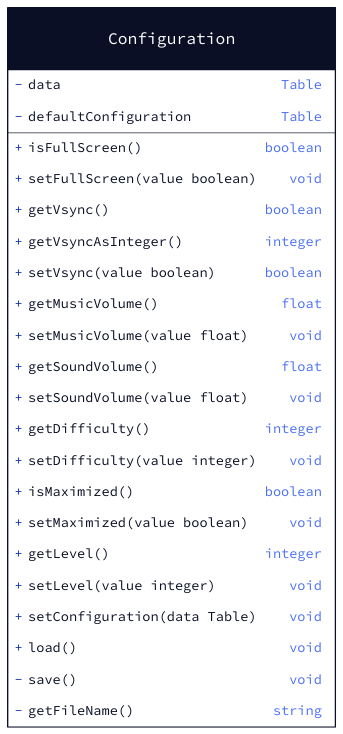
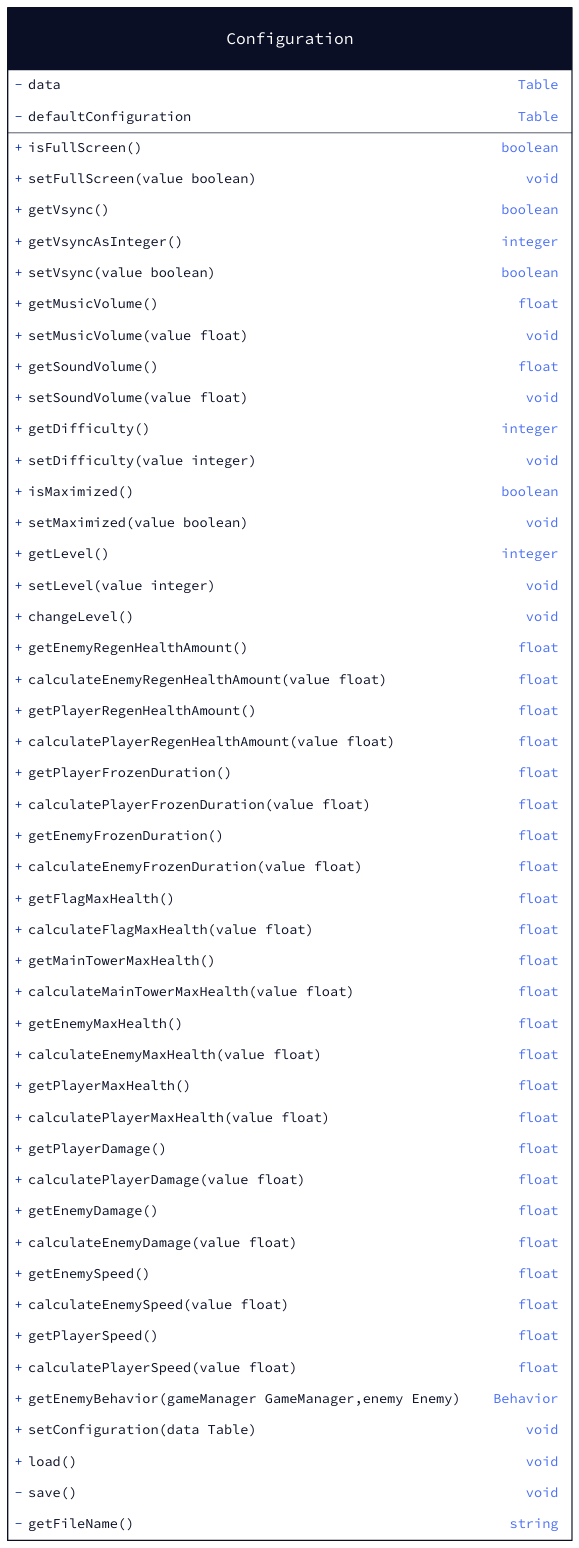
Before and after one commit to valcriss/gamingcampus-m1-lua-battletank: the diagram in docs/configuration.d2, drawn with D2. The commit also changed 22 other files, not shown here.

```diff
--- a/docs/configuration.d2
+++ b/docs/configuration.d2
@@ -1,25 +1,62 @@
 Configuration: {
     shape: class
 
     -data:Table
     -defaultConfiguration:Table
+
     +isFullScreen():boolean
     +setFullScreen(value boolean):void
+
     +getVsync():boolean
     +getVsyncAsInteger():integer
     +setVsync(value boolean):boolean
-    +getMusicVolume():float
+
++getMusicVolume():float
     +setMusicVolume(value float):void
-    +getSoundVolume():float
+
++getSoundVolume():float
     +setSoundVolume(value float):void
-    +getDifficulty():integer
+
++getDifficulty():integer
     +setDifficulty(value integer):void
-    +isMaximized():boolean
+
++isMaximized():boolean
     +setMaximized(value boolean):void
-    +getLevel():integer
+
++getLevel():integer
     +setLevel(value integer):void
-    +setConfiguration(data Table):void
++changeLevel(): void
+
++getEnemyRegenHealthAmount(): float
++calculateEnemyRegenHealthAmount(value float):float
++getPlayerRegenHealthAmount(): float
++calculatePlayerRegenHealthAmount(value float): float
++getPlayerFrozenDuration(): float
++calculatePlayerFrozenDuration(value float): float
++getEnemyFrozenDuration(): float
++calculateEnemyFrozenDuration(value float): float
+
++getFlagMaxHealth(): float
++calculateFlagMaxHealth(value float): float
++getMainTowerMaxHealth(): float
++calculateMainTowerMaxHealth(value float):float
++getEnemyMaxHealth(): float
++calculateEnemyMaxHealth(value float): float
++getPlayerMaxHealth(): float
++calculatePlayerMaxHealth(value float): float
++getPlayerDamage(): float
++calculatePlayerDamage(value float): float
++getEnemyDamage(): float
++calculateEnemyDamage(value float): float
++getEnemySpeed(): float
++calculateEnemySpeed(value float):float
++getPlayerSpeed(): float
++calculatePlayerSpeed(value float): float
+
++getEnemyBehavior(gameManager GameManager,enemy Enemy): Behavior
+
++setConfiguration(data Table):void
     +load():void
     -save():void
     -getFileName():string
 }
```
